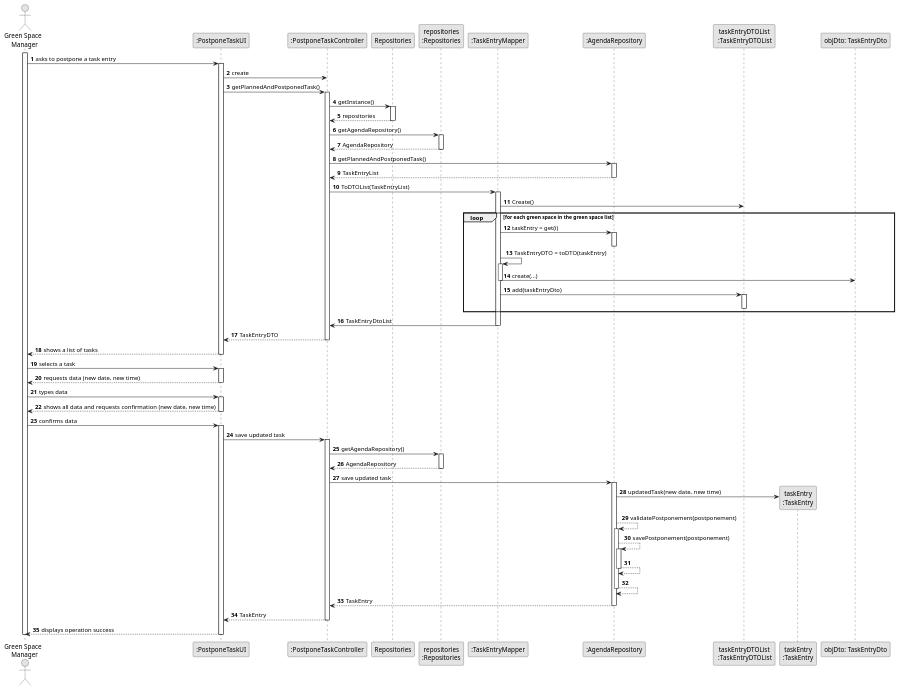
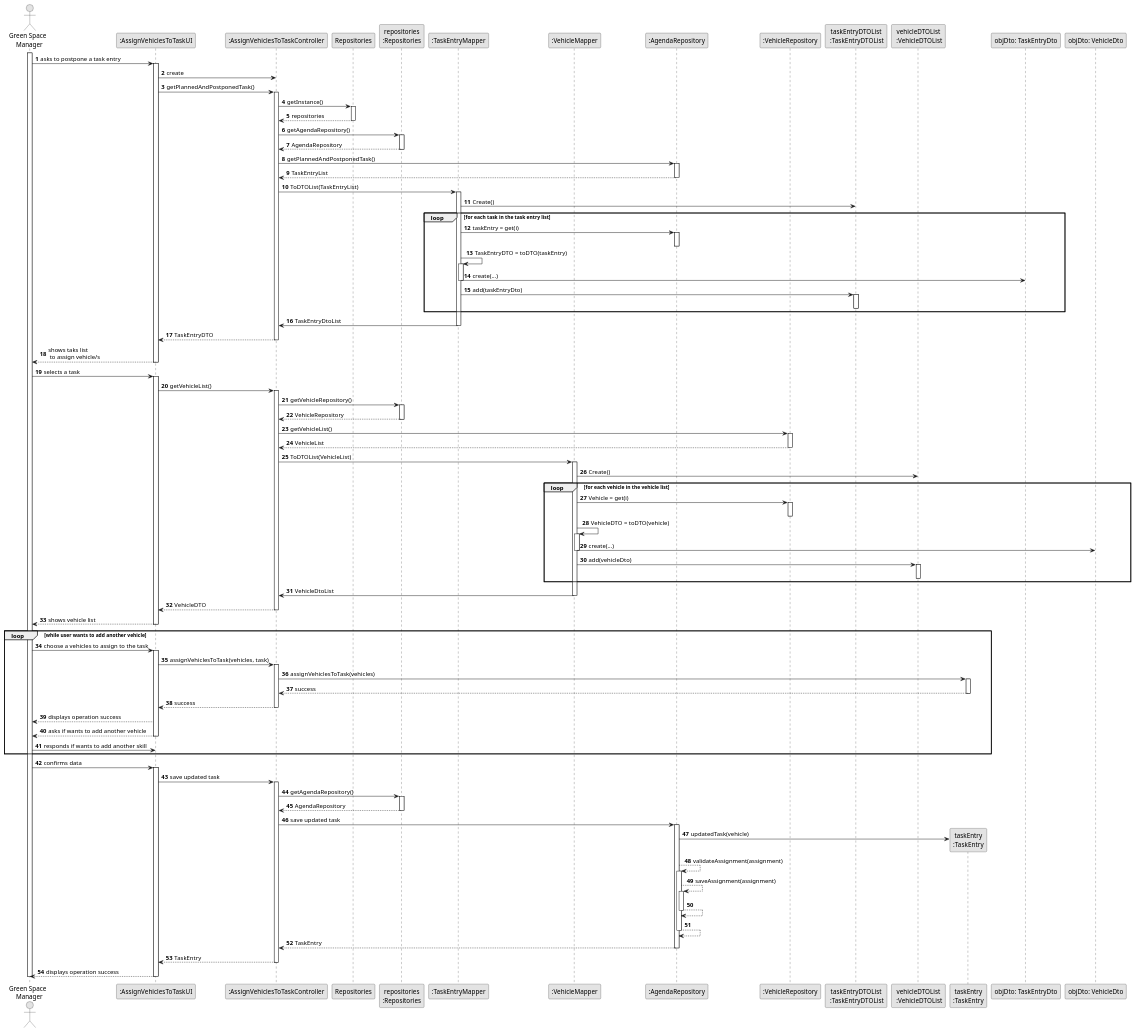
The diagram in docs/sprintC/us026/03.design/puml/us026-sequence-diagram-full.puml (Departamento-de-Engenharia-Informatica/lei-24-s2-1dkl-g134), drawn with PlantUML before and after one commit. The commit also changed 2 other files, not shown here.

```diff
--- a/docs/sprintC/us026/03.design/puml/us026-sequence-diagram-full.puml
+++ b/docs/sprintC/us026/03.design/puml/us026-sequence-diagram-full.puml
@@ -1,117 +1,176 @@
 @startuml
 skinparam monochrome true
 skinparam packageStyle rectangle
 skinparam shadowing false
 
 autonumber
 
 'hide footbox
 actor "Green Space \n Manager" as ADM
-participant ":PostponeTaskUI" as UI
-participant ":PostponeTaskController" as CTRL
+participant ":AssignVehiclesToTaskUI" as UI
+participant ":AssignVehiclesToTaskController" as CTRL
 participant "Repositories" as RepositorySingleton
 participant "repositories\n:Repositories" as PLAT
 participant ":TaskEntryMapper" as MAP
+participant ":VehicleMapper" as VMAP
 participant ":AgendaRepository" as URG
+participant ":VehicleRepository" as VREP
 participant "taskEntryDTOList\n :TaskEntryDTOList" as DTO
+participant "vehicleDTOList\n :VehicleDTOList" as VLDTO
 
 participant "taskEntry\n:TaskEntry" as TASK
 participant "objDto: TaskEntryDto" as GDTO
+participant "objDto: VehicleDto" as VDTO
 
 
 activate ADM
 
     ADM -> UI : asks to postpone a task entry
     activate UI
         UI -> CTRL : create
         UI -> CTRL : getPlannedAndPostponedTask()
         activate CTRL
 
             CTRL -> RepositorySingleton : getInstance()
             activate RepositorySingleton
 
                 RepositorySingleton --> CTRL : repositories
             deactivate RepositorySingleton
 
             CTRL -> PLAT : getAgendaRepository()
             activate PLAT
 
                 PLAT --> CTRL : AgendaRepository
             deactivate PLAT
 
             CTRL -> URG : getPlannedAndPostponedTask()
             activate URG
 
                 URG --> CTRL : TaskEntryList
             deactivate URG
 
             CTRL -> MAP : ToDTOList(TaskEntryList)
             activate MAP
                 MAP -> DTO: Create()
-                loop for each green space in the green space list
+                loop for each task in the task entry list
                 MAP -> URG: taskEntry = get(i)
                 activate URG
                 deactivate URG
                 MAP -> MAP: TaskEntryDTO = toDTO(taskEntry)
                 activate MAP
                 MAP -> GDTO: create(...)
                 deactivate MAP
                 MAP -> DTO: add(taskEntryDto)
 
                 activate DTO
                 deactivate DTO
                 end
                 MAP -> CTRL: TaskEntryDtoList
             deactivate MAP
 
             CTRL --> UI : TaskEntryDTO
         deactivate CTRL
 
-        UI --> ADM : shows a list of tasks
+        UI --> ADM : shows taks list\n to assign vehicle/s
     deactivate UI
 ADM -> UI : selects a task
     activate UI
 
-        UI --> ADM : requests data (new date, new time)
+    UI -> CTRL : getVehicleList()
+            activate CTRL
+
+                CTRL -> PLAT : getVehicleRepository()
+                activate PLAT
+
+                    PLAT --> CTRL : VehicleRepository
+                deactivate PLAT
+
+                CTRL -> VREP : getVehicleList()
+                activate VREP
+
+                    VREP --> CTRL : VehicleList
+                deactivate VREP
+
+                CTRL -> VMAP : ToDTOList(VehicleList)
+                activate VMAP
+                    VMAP -> VLDTO: Create()
+                    loop for each vehicle in the vehicle list
+                    VMAP -> VREP: Vehicle = get(i)
+                    activate VREP
+                    deactivate VREP
+                    VMAP -> VMAP: VehicleDTO = toDTO(vehicle)
+                    activate VMAP
+                    VMAP -> VDTO: create(...)
+                    deactivate VMAP
+                    VMAP -> VLDTO: add(vehicleDto)
+
+                    activate VLDTO
+                    deactivate VLDTO
+                    end
+                    VMAP -> CTRL: VehicleDtoList
+                deactivate VMAP
+
+                CTRL --> UI : VehicleDTO
+            deactivate CTRL
+
+        UI --> ADM : shows vehicle list
     deactivate UI
 
-    ADM -> UI : types data
-    activate UI
+loop while user wants to add another vehicle
+        ADM -> UI : choose a vehicles to assign to the task
+        activate UI
 
-        UI --> ADM : shows all data and requests confirmation (new date, new time)
-    deactivate UI
-
-    ADM -> UI : confirms data
-    activate UI
-     UI -> CTRL : save updated task
+            UI -> CTRL : assignVehiclesToTask(vehicles, task)
             activate CTRL
 
-                CTRL -> PLAT : getAgendaRepository()
-                activate PLAT
+                CTRL -> TASK : assignVehiclesToTask(vehicles)
+                activate TASK
 
-                    PLAT --> CTRL : AgendaRepository
-                deactivate PLAT
+                    TASK --> CTRL : success
+                deactivate TASK
 
-                CTRL -> URG : save updated task
-
-                activate URG
-
-                           URG -> TASK** : updatedTask(new date, new time)
-                           URG --> URG : validatePostponement(postponement)
-                           activate URG
-                           URG --> URG : savePostponement(postponement)
-                           activate URG
-                           URG --> URG
-                           deactivate URG
-                           URG --> URG
-                           deactivate URG
-                           URG --> CTRL : TaskEntry
-                           deactivate URG
-        CTRL --> UI : TaskEntry
+                CTRL --> UI : success
             deactivate CTRL
 
-                UI --> ADM : displays operation success
-            deactivate UI
-        deactivate ADM
+            UI --> ADM : displays operation success
 
+        UI --> ADM : asks if wants to add another vehicle
+        deactivate UI
+
+        ADM -> UI : responds if wants to add another skill
+
+        end
+
+     ADM -> UI : confirms data
+     activate UI
+      UI -> CTRL : save updated task
+             activate CTRL
+
+                 CTRL -> PLAT : getAgendaRepository()
+                 activate PLAT
+
+                     PLAT --> CTRL : AgendaRepository
+                 deactivate PLAT
+
+                 CTRL -> URG : save updated task
+
+                 activate URG
+
+                            URG -> TASK** : updatedTask(vehicle)
+                            URG --> URG : validateAssignment(assignment)
+                            activate URG
+                            URG --> URG : saveAssignment(assignment)
+                            activate URG
+                            URG --> URG
+                            deactivate URG
+                            URG --> URG
+                            deactivate URG
+                            URG --> CTRL : TaskEntry
+                            deactivate URG
+         CTRL --> UI : TaskEntry
+             deactivate CTRL
+
+                 UI --> ADM : displays operation success
+             deactivate UI
+         deactivate ADM
 @enduml
```
